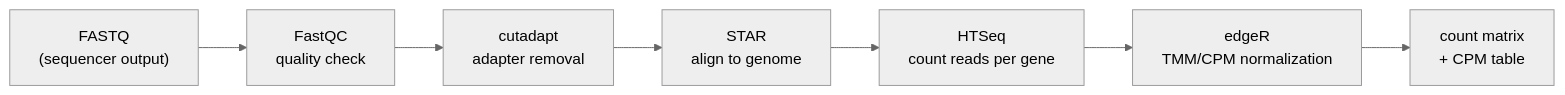
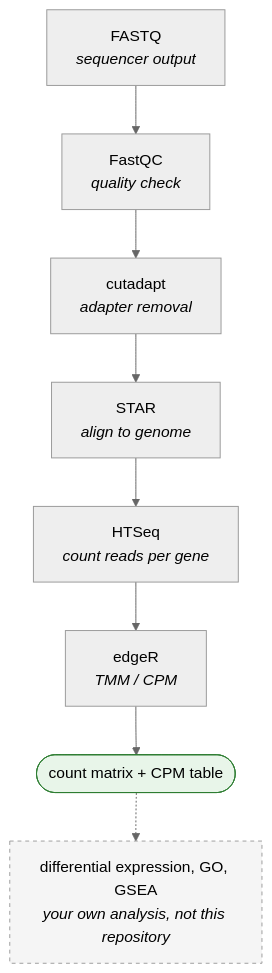
Before and after one commit to YuHwanYuHwan/BulkRNAseq_Pipeline: the diagram in README.md, drawn with Mermaid (neutral theme). The commit also changed other lines of this file and 3 other files, not shown here.

First line of the commit message:
docs: prerequisites, a vertical diagram, and a wrapper for listing samples

````diff
--- a/README.md
+++ b/README.md
@@ -9,9 +9,12 @@
 ```mermaid
-flowchart LR
-    A["FASTQ<br/>(sequencer output)"] --> B["FastQC<br/>quality check"]
-    B --> C["cutadapt<br/>adapter removal"]
-    C --> D["STAR<br/>align to genome"]
-    D --> E["HTSeq<br/>count reads per gene"]
-    E --> F["edgeR<br/>TMM/CPM normalization"]
-    F --> G["count matrix<br/>+ CPM table"]
+flowchart TB
+    A["FASTQ<br/><i>sequencer output</i>"] --> B["FastQC<br/><i>quality check</i>"]
+    B --> C["cutadapt<br/><i>adapter removal</i>"]
+    C --> D["STAR<br/><i>align to genome</i>"]
+    D --> E["HTSeq<br/><i>count reads per gene</i>"]
+    E --> F["edgeR<br/><i>TMM / CPM</i>"]
+    F --> G(["count matrix + CPM table"])
+    G -.-> H["differential expression, GO, GSEA<br/><i>your own analysis, not this repository</i>"]
+    style G fill:#e8f5e9,stroke:#2e7d32
+    style H fill:#f5f5f5,stroke:#9e9e9e,stroke-dasharray:4
 ```
````
